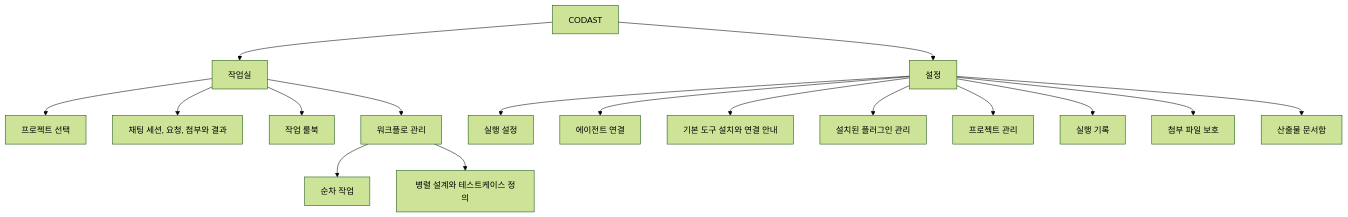
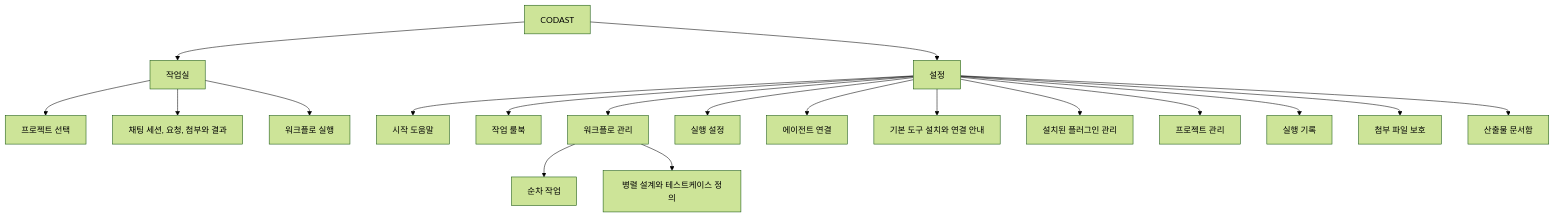
The first of 2 diagrams in README.md (radiant1010/codast), drawn with Mermaid (forest theme) before and after one commit. The commit also changed other lines of this file and 19 other files, not shown here.

````diff
--- a/README.md
+++ b/README.md
@@ -92,19 +92,21 @@
 ```mermaid
 flowchart TD
     App[CODAST] --> Workspace[작업실]
     App --> Settings[설정]
     Workspace --> Project[프로젝트 선택]
     Workspace --> Chat[채팅 세션, 요청, 첨부와 결과]
-    Workspace --> Rules[작업 룰북]
-    Workspace --> Workflow[워크플로 관리]
+    Workspace --> Launch[워크플로 실행]
+    Settings --> Help[시작 도움말]
+    Settings --> Rules[작업 룰북]
+    Settings --> Workflow[워크플로 관리]
     Workflow --> Sequential[순차 작업]
     Workflow --> Parallel[병렬 설계와 테스트케이스 정의]
     Settings --> Execution[실행 설정]
     Settings --> Agents[에이전트 연결]
     Settings --> Tools[기본 도구 설치와 연결 안내]
     Settings --> Plugins[설치된 플러그인 관리]
     Settings --> Management[프로젝트 관리]
     Settings --> History[실행 기록]
     Settings --> Protection[첨부 파일 보호]
     Settings --> Documents[산출물 문서함]
 ```
````
